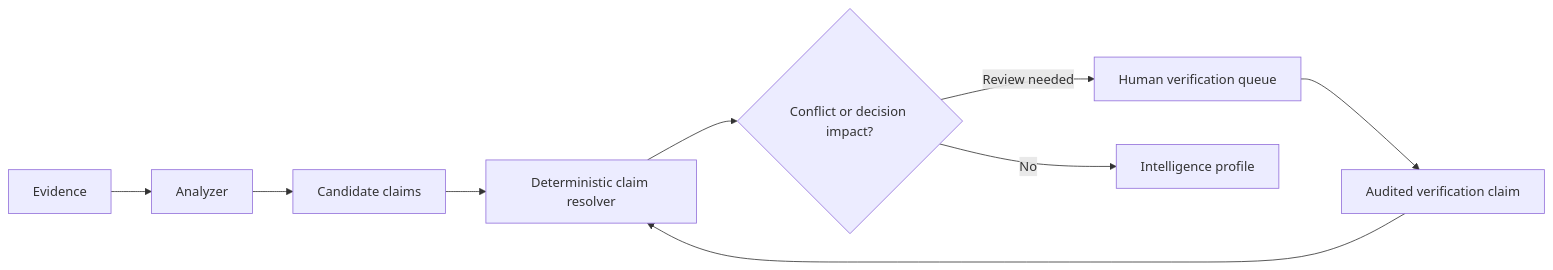
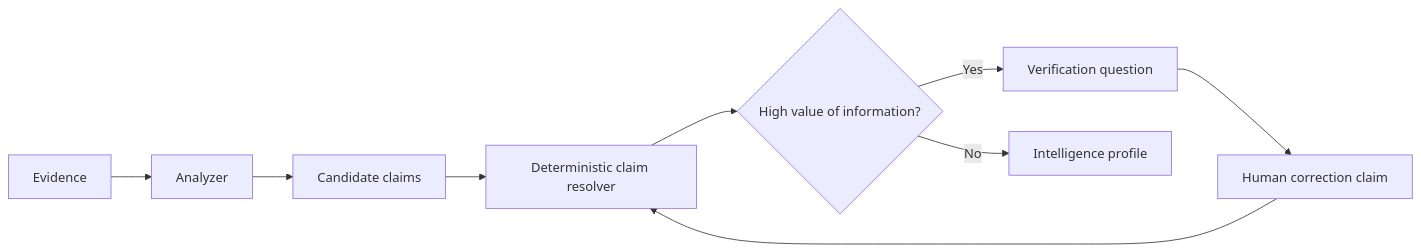
Diagram 14 of 29 in specs/property-focus/master-plan.md (robsgreen/property-focus), drawn with Mermaid before and after one commit. The commit also changed other lines of this file, not shown here.

First line of the commit message:
Align Property Focus master plan with the decision register

````diff
--- a/specs/property-focus/master-plan.md
+++ b/specs/property-focus/master-plan.md
@@ -195,11 +307,11 @@
 ```mermaid
 flowchart LR
     Evidence[Evidence] --> Analyzer[Analyzer]
     Analyzer --> Claims[Candidate claims]
+    Human[Human correction claim] --> Resolver
     Claims --> Resolver[Deterministic claim resolver]
-    Resolver --> Conflict{Conflict or decision impact?}
-    Conflict -->|Review needed| Human[Human verification queue]
-    Conflict -->|No| Profile[Intelligence profile]
-    Human --> Correction[Audited verification claim]
-    Correction --> Resolver
+    Resolver --> VOI{High value of information?}
+    VOI -->|Yes| Ask[Verification question]
+    VOI -->|No| Profile[Intelligence profile]
+    Ask --> Human
 ```
````
